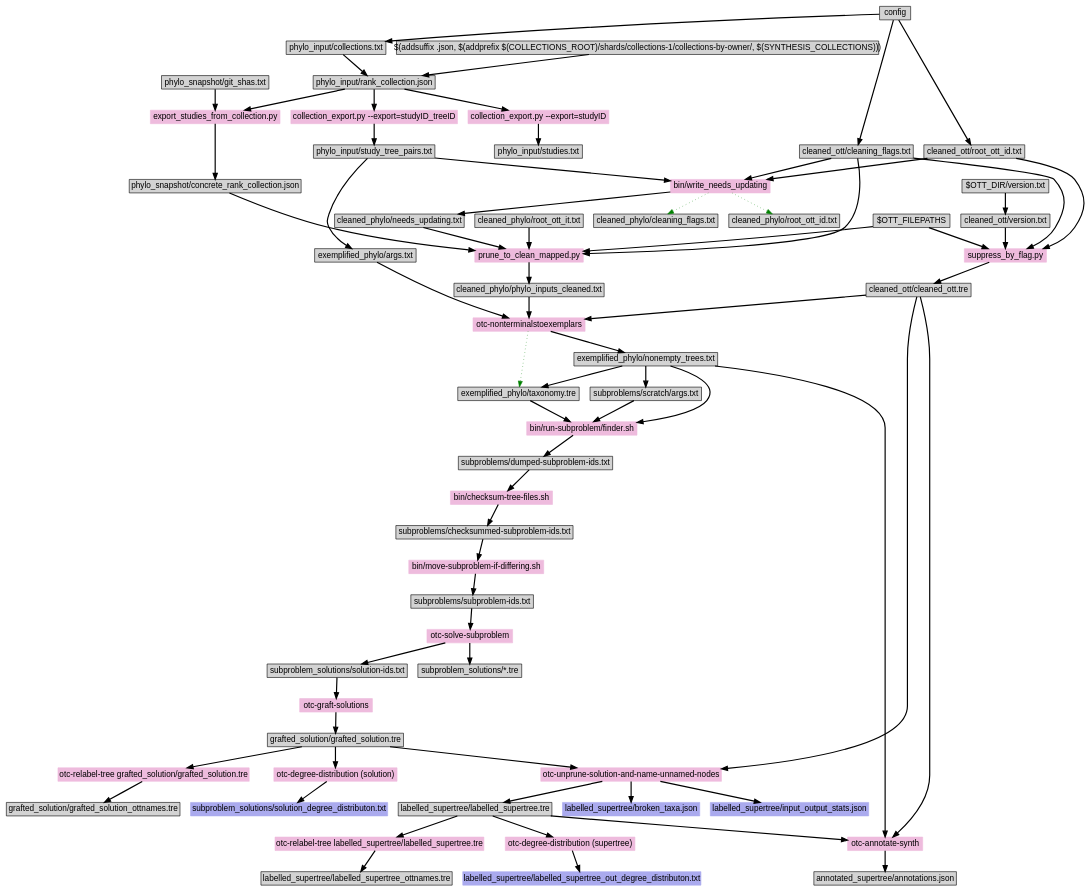
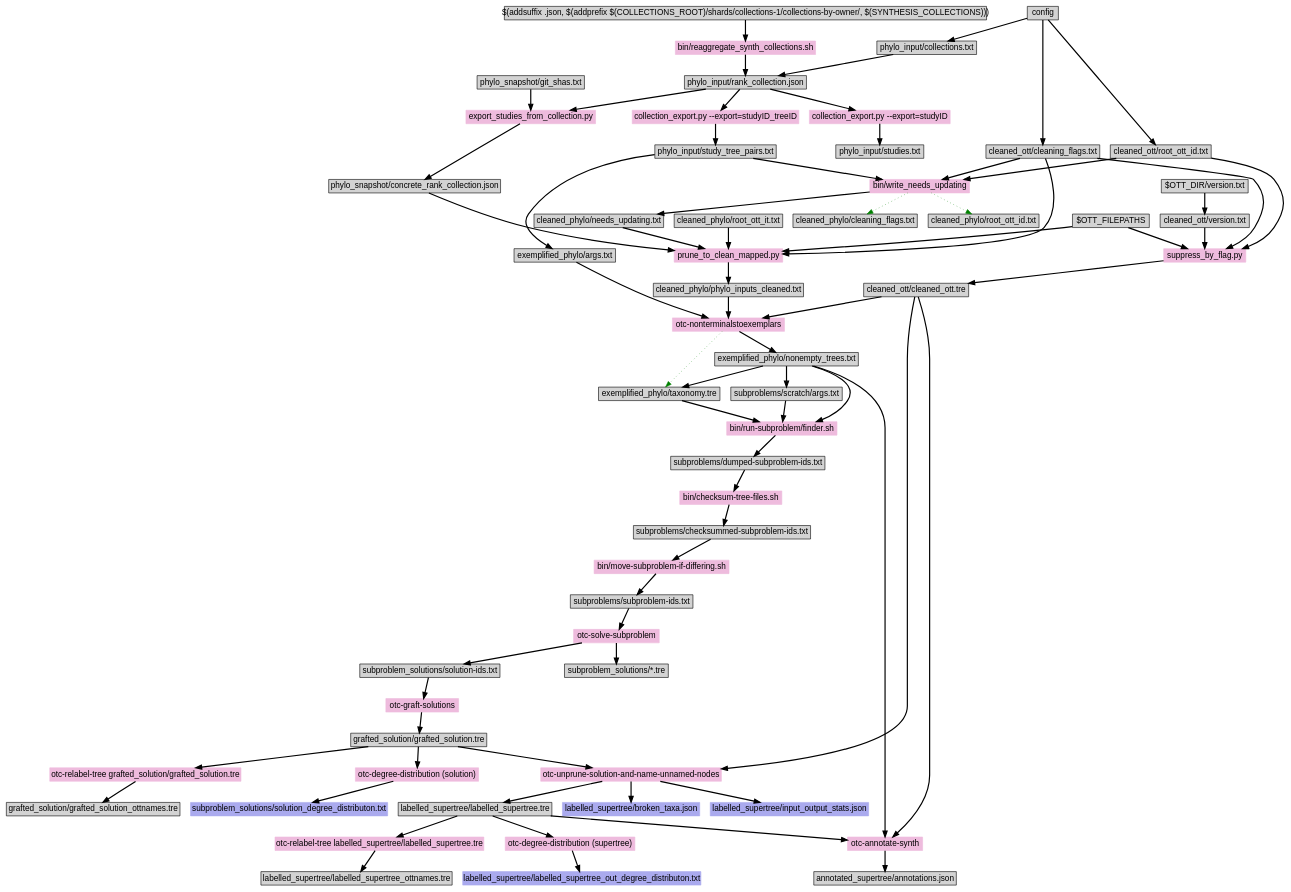
Before and after one commit to OpenTreeOfLife/propinquity: the diagram in doc/makefile-dependencies.dot, drawn with Graphviz.

```diff
--- a/doc/makefile-dependencies.dot
+++ b/doc/makefile-dependencies.dot
@@ -1,136 +1,138 @@
 digraph "make" {
 graph [ranksep=0.25, fontname=Arial,  nodesep=0.25, ranksep=0.5];
 node [fontname=Arial, style=filled, height=0, width=0, shape=box];
 edge [style="setlinewidth(2)"];
 
 config -> "cleaned_ott/root_ott_id.txt"
 config -> "cleaned_ott/cleaning_flags.txt"
 "$OTT_DIR/version.txt" -> "cleaned_ott/version.txt"
 
 "phylo_input/study_tree_pairs.txt" -> "exemplified_phylo/args.txt"
 
 "cleaned_ott/cleaned_ott.tre" -> "otc-nonterminalstoexemplars"
 "exemplified_phylo/args.txt" -> "otc-nonterminalstoexemplars"
 "cleaned_phylo/phylo_inputs_cleaned.txt" -> "otc-nonterminalstoexemplars"
 "otc-nonterminalstoexemplars" -> "exemplified_phylo/nonempty_trees.txt"
 "otc-nonterminalstoexemplars" -> "exemplified_phylo/taxonomy.tre" [color=green style=dotted]
 "otc-nonterminalstoexemplars"  [style=filled, color="#EEBBDD"]
 
 "exemplified_phylo/nonempty_trees.txt" -> "exemplified_phylo/taxonomy.tre"
 
 "$OTT_FILEPATHS" -> "suppress_by_flag.py"
 "cleaned_ott/version.txt" ->  "suppress_by_flag.py"
 "cleaned_ott/cleaning_flags.txt" ->  "suppress_by_flag.py"
 "cleaned_ott/root_ott_id.txt" ->  "suppress_by_flag.py"
 "suppress_by_flag.py" [style=filled, color="#EEBBDD"]
 "suppress_by_flag.py" -> "cleaned_ott/cleaned_ott.tre"
 
-"$(addsuffix .json, $(addprefix $(COLLECTIONS_ROOT)/shards/collections-1/collections-by-owner/, $(SYNTHESIS_COLLECTIONS)))" -> "phylo_input/rank_collection.json"
+"$(addsuffix .json, $(addprefix $(COLLECTIONS_ROOT)/shards/collections-1/collections-by-owner/, $(SYNTHESIS_COLLECTIONS)))" -> "bin/reaggregate_synth_collections.sh"
+"bin/reaggregate_synth_collections.sh" [style=filled, color="#EEBBDD"]
+"bin/reaggregate_synth_collections.sh" -> "phylo_input/rank_collection.json"
 
 "phylo_input/rank_collection.json" -> "collection_export.py --export=studyID"
 "collection_export.py --export=studyID" -> "phylo_input/studies.txt"
 "collection_export.py --export=studyID" [style=filled, color="#EEBBDD"]
 
 "phylo_input/rank_collection.json" -> "collection_export.py --export=studyID_treeID"
 "collection_export.py --export=studyID_treeID" -> "phylo_input/study_tree_pairs.txt"
 "collection_export.py --export=studyID_treeID" [style=filled, color="#EEBBDD"]
 
 "phylo_snapshot/git_shas.txt"
 
 "phylo_snapshot/git_shas.txt" ->  "export_studies_from_collection.py"
 "phylo_input/rank_collection.json" -> "export_studies_from_collection.py"
 "export_studies_from_collection.py" -> "phylo_snapshot/concrete_rank_collection.json"
 "export_studies_from_collection.py"  [style=filled, color="#EEBBDD"]
 
 "cleaned_ott/cleaning_flags.txt" -> "bin/write_needs_updating"
 "cleaned_ott/root_ott_id.txt" -> "bin/write_needs_updating"
 "phylo_input/study_tree_pairs.txt" -> "bin/write_needs_updating"
 "bin/write_needs_updating" -> "cleaned_phylo/needs_updating.txt"
 "bin/write_needs_updating" -> "cleaned_phylo/cleaning_flags.txt"  [color=green style=dotted]
 "bin/write_needs_updating" -> "cleaned_phylo/root_ott_id.txt"  [color=green style=dotted]
 "bin/write_needs_updating"   [style=filled, color="#EEBBDD"]
 
 "cleaned_phylo/needs_updating.txt" -> "prune_to_clean_mapped.py"
 "cleaned_ott/cleaning_flags.txt" -> "prune_to_clean_mapped.py"
 "cleaned_phylo/root_ott_it.txt" -> "prune_to_clean_mapped.py"
 "$OTT_FILEPATHS" -> "prune_to_clean_mapped.py"
 "phylo_snapshot/concrete_rank_collection.json" -> "prune_to_clean_mapped.py"
 "prune_to_clean_mapped.py"  [style=filled, color="#EEBBDD"]
 "prune_to_clean_mapped.py" -> "cleaned_phylo/phylo_inputs_cleaned.txt"
 
 
 config -> "phylo_input/collections.txt"
 "phylo_input/collections.txt" -> "phylo_input/rank_collection.json"
 # here is where we need to depend on whether the collections have changed!
 
 "exemplified_phylo/nonempty_trees.txt" -> "subproblems/scratch/args.txt"
 
 "exemplified_phylo/taxonomy.tre" -> "bin/run-subproblem/finder.sh"
 "subproblems/scratch/args.txt" -> "bin/run-subproblem/finder.sh"
 "exemplified_phylo/nonempty_trees.txt" -> "bin/run-subproblem/finder.sh"
 "bin/run-subproblem/finder.sh" [style=filled, color="#EEBBDD"]
 "bin/run-subproblem/finder.sh" -> "subproblems/dumped-subproblem-ids.txt"
 
 "subproblems/dumped-subproblem-ids.txt" -> "bin/checksum-tree-files.sh" 
 "bin/checksum-tree-files.sh" [style=filled, color="#EEBBDD"]
 "bin/checksum-tree-files.sh" -> "subproblems/checksummed-subproblem-ids.txt"
 
 
 "subproblems/checksummed-subproblem-ids.txt" -> "bin/move-subproblem-if-differing.sh" 
 "bin/move-subproblem-if-differing.sh" [style=filled, color="#EEBBDD"]
 "bin/move-subproblem-if-differing.sh" -> "subproblems/subproblem-ids.txt"
 
 "subproblems/subproblem-ids.txt" -> "otc-solve-subproblem"
 "otc-solve-subproblem" [style=filled, color="#EEBBDD"]
 "otc-solve-subproblem" -> "subproblem_solutions/*.tre"
 "otc-solve-subproblem" -> "subproblem_solutions/solution-ids.txt"
 "subproblem_solutions/solution-ids.txt"
 
 "subproblem_solutions/solution-ids.txt" -> "otc-graft-solutions"
 "otc-graft-solutions" [style=filled, color="#EEBBDD"]
 "otc-graft-solutions" -> "grafted_solution/grafted_solution.tre"
 
 "grafted_solution/grafted_solution.tre" -> "otc-relabel-tree grafted_solution/grafted_solution.tre"
 "otc-relabel-tree grafted_solution/grafted_solution.tre" [style=filled, color="#EEBBDD"]
 "otc-relabel-tree grafted_solution/grafted_solution.tre" -> "grafted_solution/grafted_solution_ottnames.tre"
 
 "cleaned_ott/cleaned_ott.tre" -> "otc-unprune-solution-and-name-unnamed-nodes"
 "grafted_solution/grafted_solution.tre" -> "otc-unprune-solution-and-name-unnamed-nodes"
 "otc-unprune-solution-and-name-unnamed-nodes" [style=filled, color="#EEBBDD"]
 "otc-unprune-solution-and-name-unnamed-nodes" -> "labelled_supertree/labelled_supertree.tre"
 "otc-unprune-solution-and-name-unnamed-nodes" -> "labelled_supertree/broken_taxa.json"
 "otc-unprune-solution-and-name-unnamed-nodes" -> "labelled_supertree/input_output_stats.json"
 "labelled_supertree/broken_taxa.json" [color="#AAAAEE"]
 "labelled_supertree/input_output_stats.json" [color="#AAAAEE"]
 
 #"cleaned_ott/cleaned_ott.tre" -> "otc-unprune-solution"
 #"grafted_solution/grafted_solution.tre" -> "otc-unprune-solution"
 #"otc-unprune-solution" [style=filled, color="#EEBBDD"]
 #"otc-unprune-solution" -> "full_supertree/full_supertree.tre"
 
 #"full_supertree/full_supertree.tre" -> "otc-name-unnamed-nodes"
 #"otc-name-unnamed-nodes" [style=filled, color="#EEBBDD"]
 #"otc-name-unnamed-nodes" -> "labelled_supertree/labelled_supertree.tre"
 
 
 
 "labelled_supertree/labelled_supertree.tre" -> "otc-relabel-tree labelled_supertree/labelled_supertree.tre"
 "otc-relabel-tree labelled_supertree/labelled_supertree.tre" [style=filled, color="#EEBBDD"]
 "otc-relabel-tree labelled_supertree/labelled_supertree.tre" -> "labelled_supertree/labelled_supertree_ottnames.tre"
 
 "cleaned_ott/cleaned_ott.tre" -> "otc-annotate-synth"
 "labelled_supertree/labelled_supertree.tre" -> "otc-annotate-synth"
 "exemplified_phylo/nonempty_trees.txt" -> "otc-annotate-synth"
 "otc-annotate-synth" [style=filled, color="#EEBBDD"]
 "otc-annotate-synth" -> "annotated_supertree/annotations.json"
 
 "grafted_solution/grafted_solution.tre" -> "otc-degree-distribution (solution)"
 "otc-degree-distribution (solution)" [style=filled, color="#EEBBDD"]
 "otc-degree-distribution (solution)" -> "subproblem_solutions/solution_degree_distributon.txt"
 "subproblem_solutions/solution_degree_distributon.txt" [color="#AAAAEE"]
 
 "labelled_supertree/labelled_supertree.tre" -> "otc-degree-distribution (supertree)"
 "otc-degree-distribution (supertree)" [style=filled, color="#EEBBDD"]
 "otc-degree-distribution (supertree)" -> "labelled_supertree/labelled_supertree_out_degree_distributon.txt"
 "labelled_supertree/labelled_supertree_out_degree_distributon.txt" [color="#AAAAEE"]
 }
```
